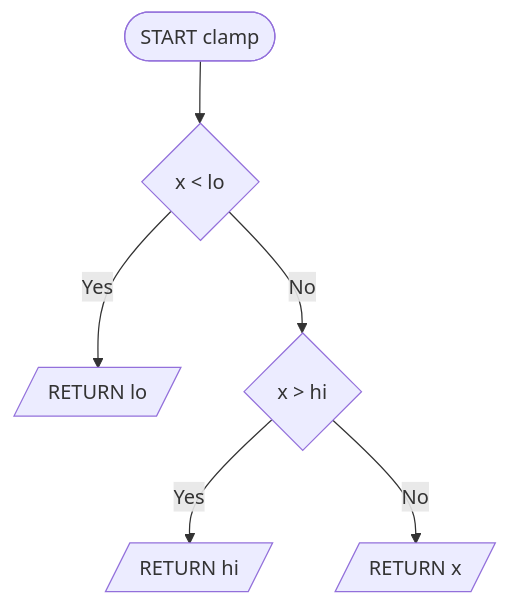
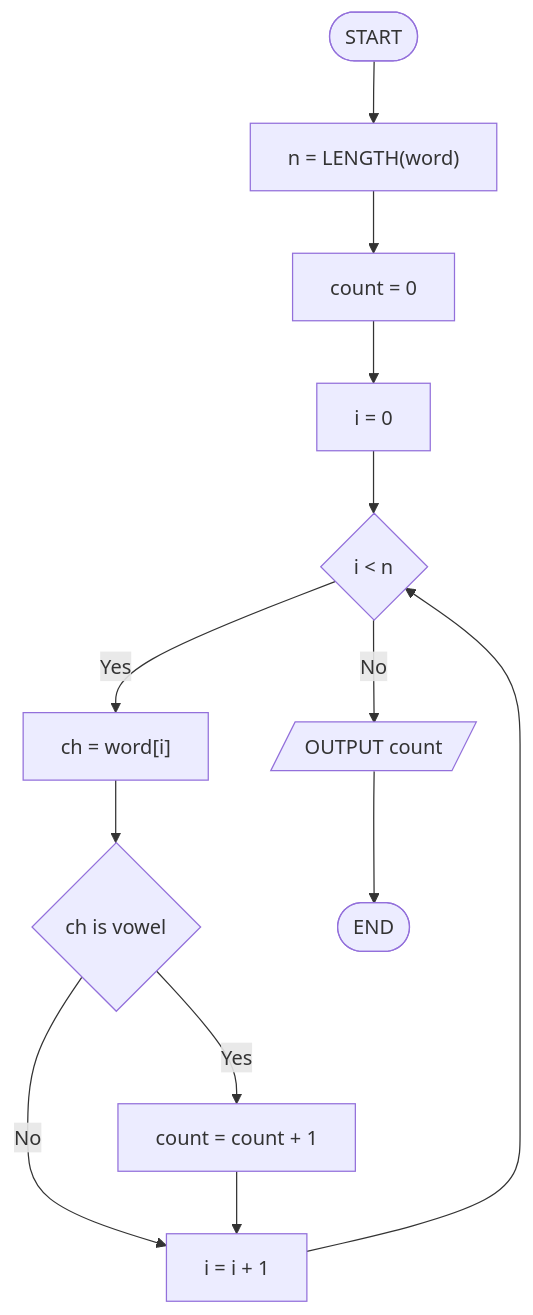
The first of 3 diagrams in docs/seances/06/exercices_seance_06.md (ISIBrussels/methodo-algo), drawn with Mermaid before and after one commit. The commit also changed other lines of this file and 9 other files, not shown here.

````diff
--- a/docs/seances/06/exercices_seance_06.md
+++ b/docs/seances/06/exercices_seance_06.md
@@ -105,8 +55,15 @@
 ```mermaid
 flowchart TB
-  A([START clamp]) --> B{x < lo}
-  B -->|Yes| C[/RETURN lo/]
-  B -->|No| D{x > hi}
-  D -->|Yes| E[/RETURN hi/]
-  D -->|No| F[/RETURN x/]
+  A([START]) --> B["n = LENGTH(word)"]
+  B --> C["count = 0"]
+  C --> D["i = 0"]
+  D --> E{i < n}
+  E -->|Yes| F["ch = word[i]"]
+  F --> G{ch is vowel}
+  G -->|Yes| H["count = count + 1"]
+  G -->|No| I["i = i + 1"]
+  H --> I
+  I --> E
+  E -->|No| J[/OUTPUT count/]
+  J --> K([END])
 ```
````
